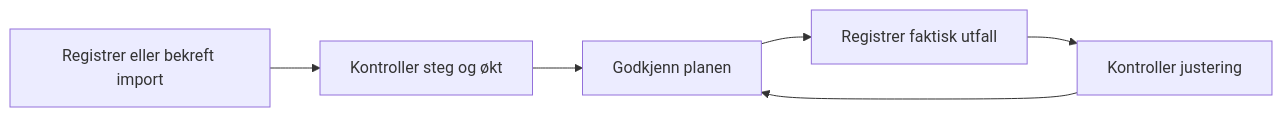
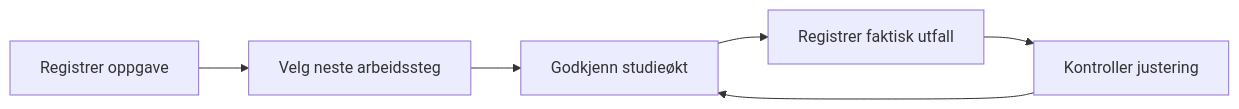
One commit to IBE160-2026/G37-yilmaz changed the first of 2 diagrams in .docs/implementation-artifacts/solution-guide.md. Above: the diagram before and after it, drawn with Mermaid. The commit also changed other lines of this file and 144 other files, not shown here.

````diff
--- a/.docs/implementation-artifacts/solution-guide.md
+++ b/.docs/implementation-artifacts/solution-guide.md
@@ -9,8 +9,8 @@
 ```mermaid
 flowchart LR
-  A[Registrer eller bekreft import] --> B[Kontroller steg og økt]
-  B --> C[Godkjenn planen]
+  A[Registrer oppgave] --> B[Velg neste arbeidssteg]
+  B --> C[Godkjenn studieøkt]
   C --> D[Registrer faktisk utfall]
   D --> E[Kontroller justering]
   E --> C
 ```
````
